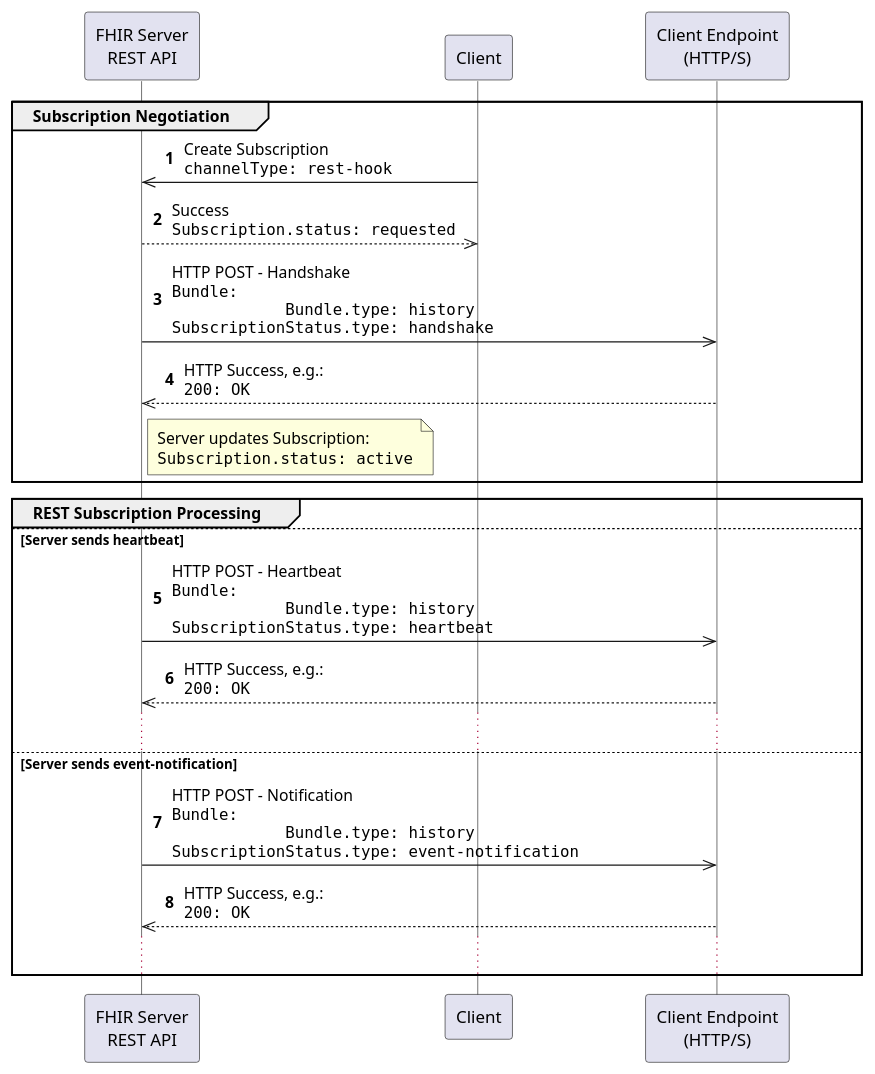
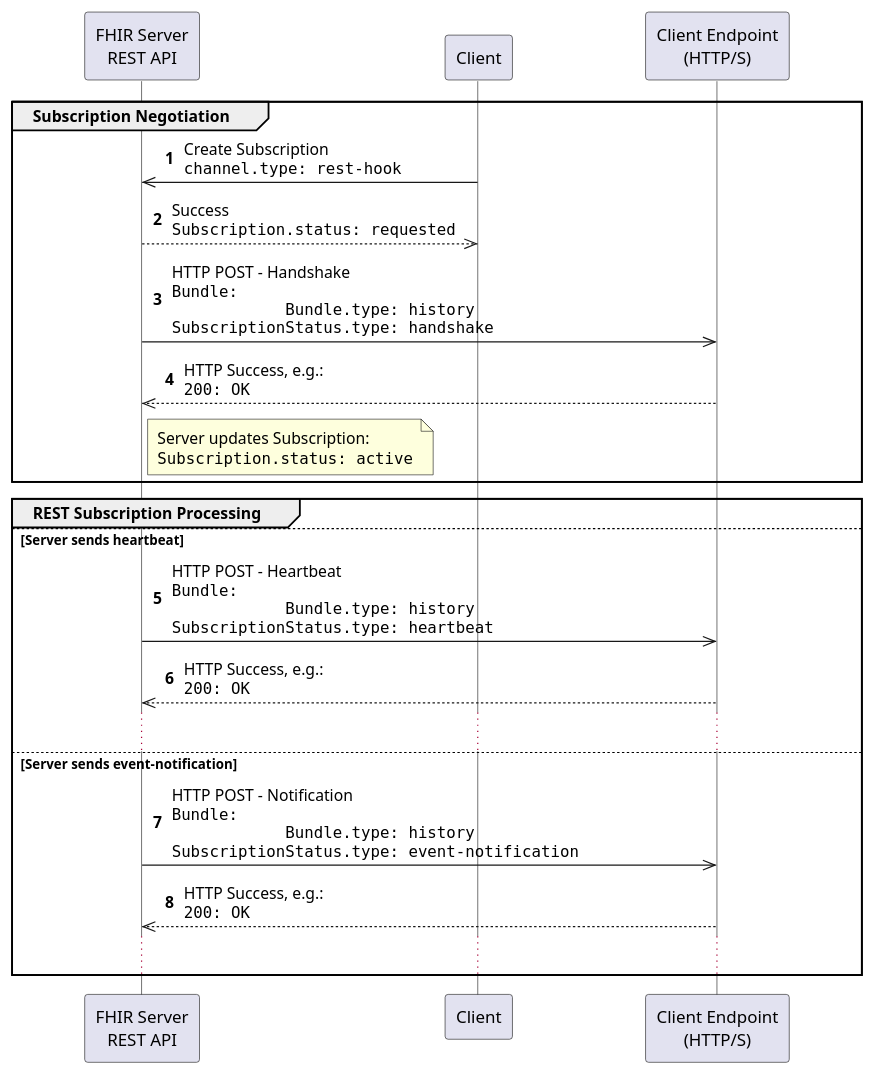
The diagram in input/images-source/channel-rest-hook.plantuml (HL7/fhir-subscription-backport-ig), drawn with PlantUML before and after one commit. The commit also changed 17 other files, not shown here.

```diff
--- a/input/images-source/channel-rest-hook.plantuml
+++ b/input/images-source/channel-rest-hook.plantuml
@@ -1,36 +1,36 @@
 @startuml
 skinparam NoteTextAlignment left
 skinparam Padding 2
 skinparam ParticipantPadding 50
 skinparam LifelineStrategy solid
 autonumber
 
 participant "FHIR Server\nREST API"     as S
 participant "Client"                    as C
 participant "Client Endpoint\n(HTTP/S)" as E
 
 group Subscription Negotiation
-  C->>S: Create Subscription\n""channelType: rest-hook""
+  C->>S: Create Subscription\n""channel.type: rest-hook""
   return Success\n""Subscription.status: requested""
 
   S->>E: HTTP POST - Handshake\n""Bundle:""\n""            Bundle.type: history""\n""SubscriptionStatus.type: handshake""
   return HTTP Success, e.g.:\n""200: OK""
 
   note right of S
     Server updates Subscription:
     ""Subscription.status: active""
   end note
 end
 
 group REST Subscription Processing
 else Server sends heartbeat
   S->>E: HTTP POST - Heartbeat\n""Bundle:""\n""            Bundle.type: history""\n""SubscriptionStatus.type: heartbeat""
   return HTTP Success, e.g.:\n""200: OK""
   ...
 else Server sends event-notification
   S->>E: HTTP POST - Notification\n""Bundle:""\n""            Bundle.type: history""\n""SubscriptionStatus.type: event-notification""
   return HTTP Success, e.g.:\n""200: OK""
   ...
 end
 
 @enduml
```
